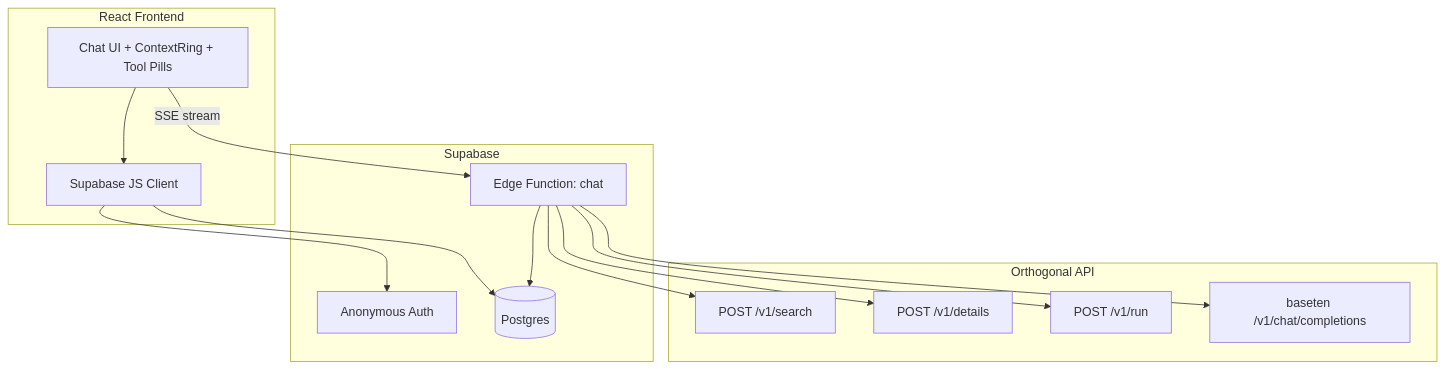
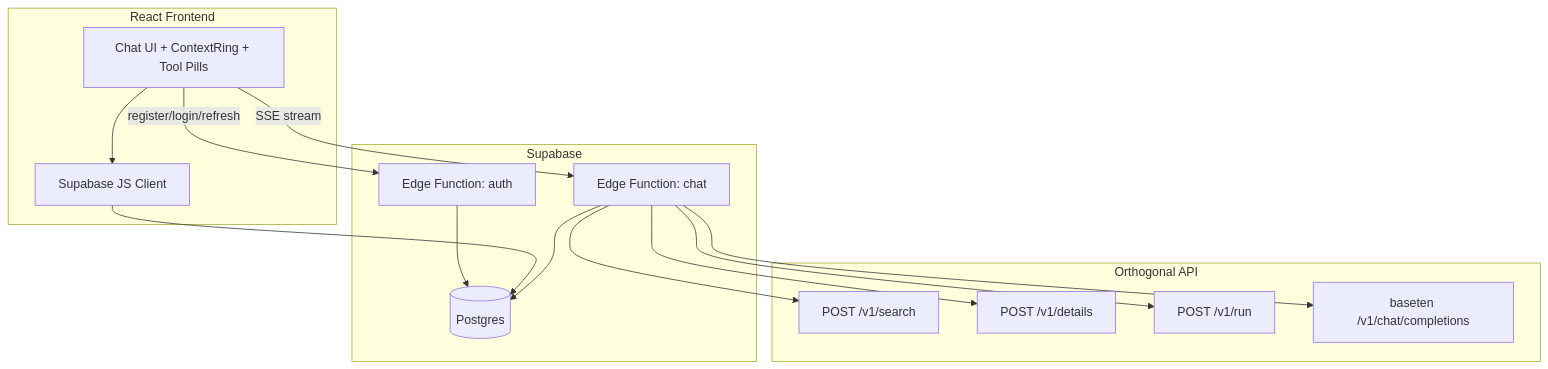
The first of 2 diagrams in README.md (SanjayMarathe/orthogonal), drawn with Mermaid before and after one commit. The commit also changed other lines of this file and 36 other files, not shown here.

````diff
--- a/README.md
+++ b/README.md
@@ -24,30 +24,31 @@
 ```mermaid
 flowchart TB
   subgraph client [React Frontend]
     UI[Chat UI + ContextRing + Tool Pills]
     SBClient[Supabase JS Client]
   end
 
   subgraph supabase [Supabase]
-    Auth[Anonymous Auth]
+    AuthFn[Edge Function: auth]
     DB[(Postgres)]
     EF[Edge Function: chat]
   end
 
   subgraph orthogonal [Orthogonal API]
     Search["POST /v1/search"]
     Details["POST /v1/details"]
     Run["POST /v1/run"]
     LLM["baseten /v1/chat/completions"]
   end
 
   UI --> SBClient
-  SBClient --> Auth
+  UI -->|register/login/refresh| AuthFn
+  AuthFn --> DB
   SBClient --> DB
   UI -->|SSE stream| EF
   EF --> Search
   EF --> Details
   EF --> Run
   EF --> LLM
   EF --> DB
 ```
````
